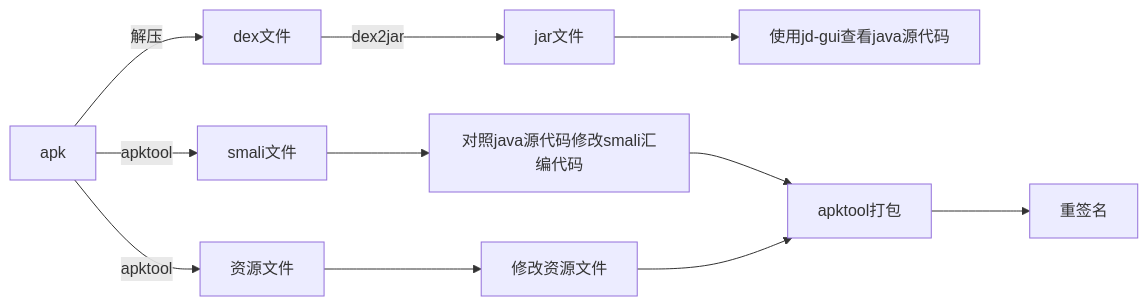
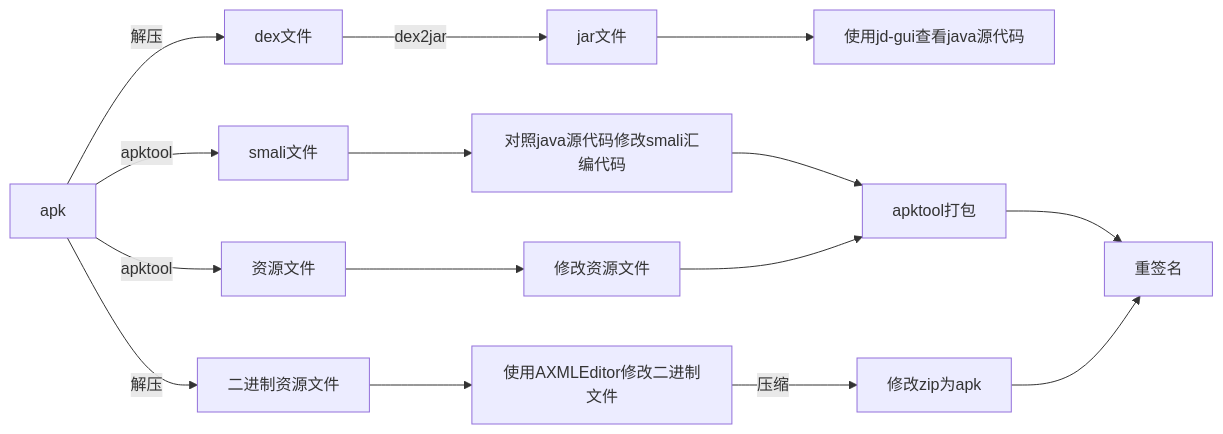
Before and after one commit to Afauria/Afauria.github.io: the diagram in source/_posts/android/2021-11-04-Android打包和反编译.md, drawn with Mermaid. The commit also changed other lines of this file and 9 other files, not shown here.

````diff
--- a/source/_posts/android/2021-11-04-Android打包和反编译.md
+++ b/source/_posts/android/2021-11-04-Android打包和反编译.md
@@ -80,6 +80,7 @@
 ```mermaid
 graph LR
 apk--解压-->dex文件--dex2jar-->jar文件-->使用jd-gui查看java源代码
 apk--apktool-->smali文件-->对照java源代码修改smali汇编代码-->apktool打包-->重签名
 apk--apktool-->资源文件-->修改资源文件-->apktool打包
+apk--解压-->二进制资源文件-->使用AXMLEditor修改二进制文件--压缩-->修改zip为apk-->重签名
 ```
````
